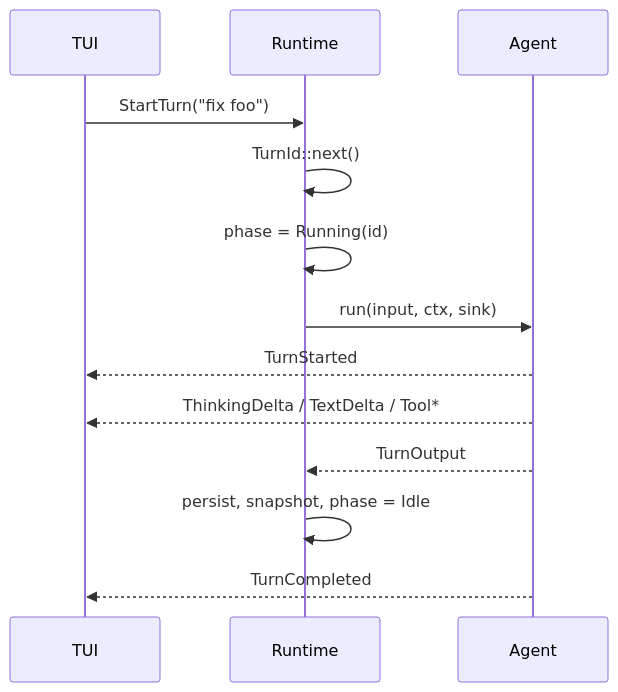
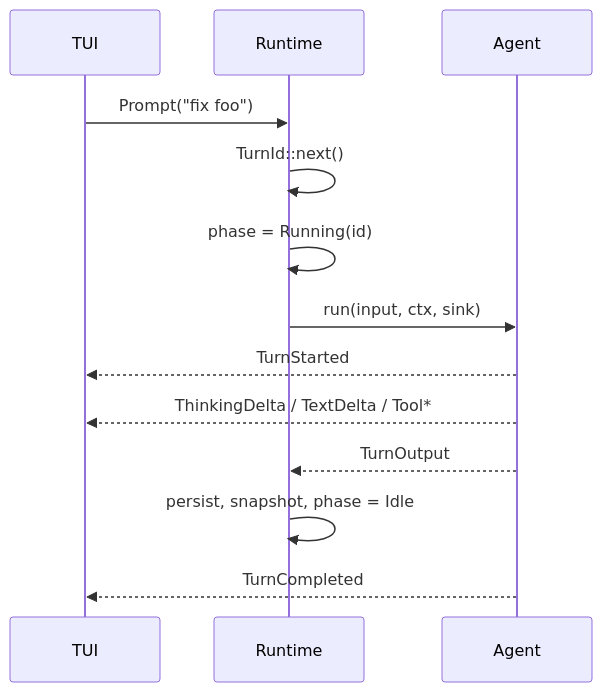
Before and after one commit to guuzaa/oven: the third of 5 diagrams in docs/architectures.md, drawn with Mermaid. The commit also changed other lines of this file and 11 other files, not shown here.

````diff
--- a/docs/architectures.md
+++ b/docs/architectures.md
@@ -349,16 +372,16 @@
 ```mermaid
 sequenceDiagram
     participant TUI
     participant Runtime
     participant Agent
 
-    TUI->>Runtime: StartTurn("fix foo")
+    TUI->>Runtime: Prompt("fix foo")
     Runtime->>Runtime: TurnId::next()
     Runtime->>Runtime: phase = Running(id)
     Runtime->>Agent: run(input, ctx, sink)
     Agent-->>TUI: TurnStarted
     Agent-->>TUI: ThinkingDelta / TextDelta / Tool*
     Agent-->>Runtime: TurnOutput
     Runtime->>Runtime: persist, snapshot, phase = Idle
     Agent-->>TUI: TurnCompleted
 ```
````
